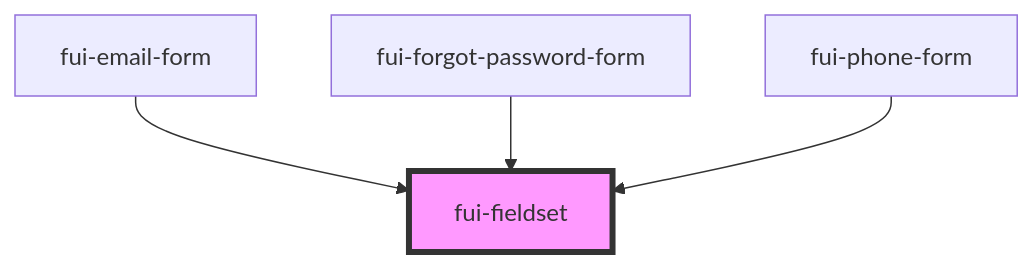
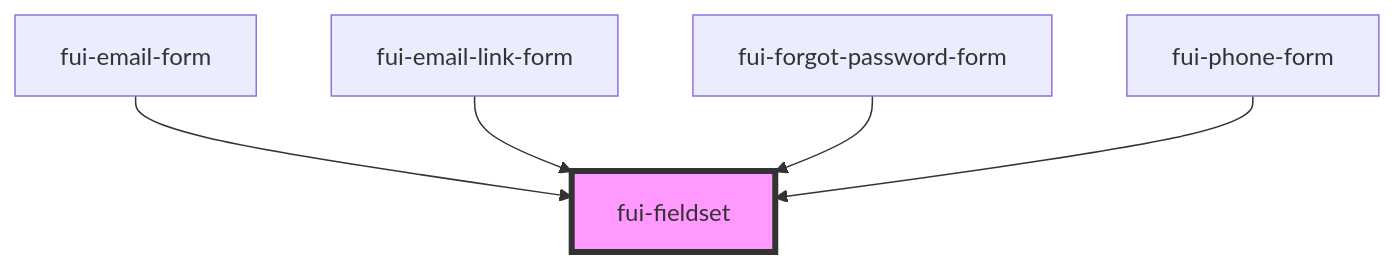
Before and after one commit to invertase/firebaseui-web: the diagram in packages/firebaseui-stencil/src/components/fui-fieldset/readme.md, drawn with Mermaid. The commit also changed other lines of this file and 60 other files, not shown here.

````diff
--- a/packages/firebaseui-stencil/src/components/fui-fieldset/readme.md
+++ b/packages/firebaseui-stencil/src/components/fui-fieldset/readme.md
@@ -30,7 +31,8 @@
 ```mermaid
 graph TD;
   fui-email-form --> fui-fieldset
+  fui-email-link-form --> fui-fieldset
   fui-forgot-password-form --> fui-fieldset
   fui-phone-form --> fui-fieldset
   style fui-fieldset fill:#f9f,stroke:#333,stroke-width:4px
 ```
````
